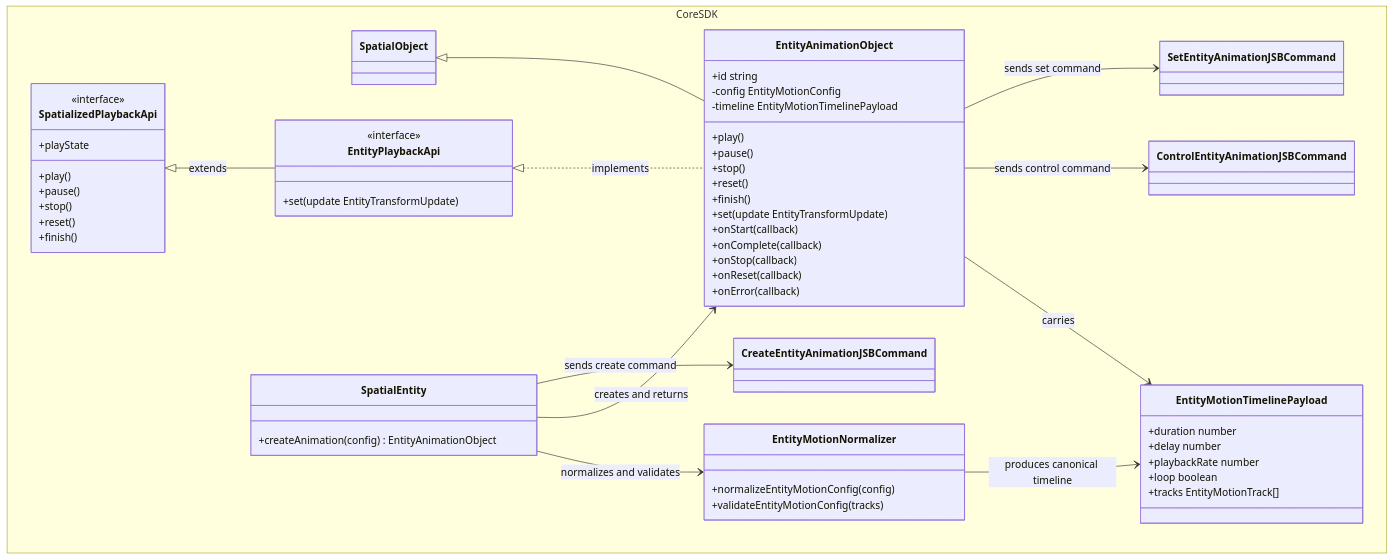
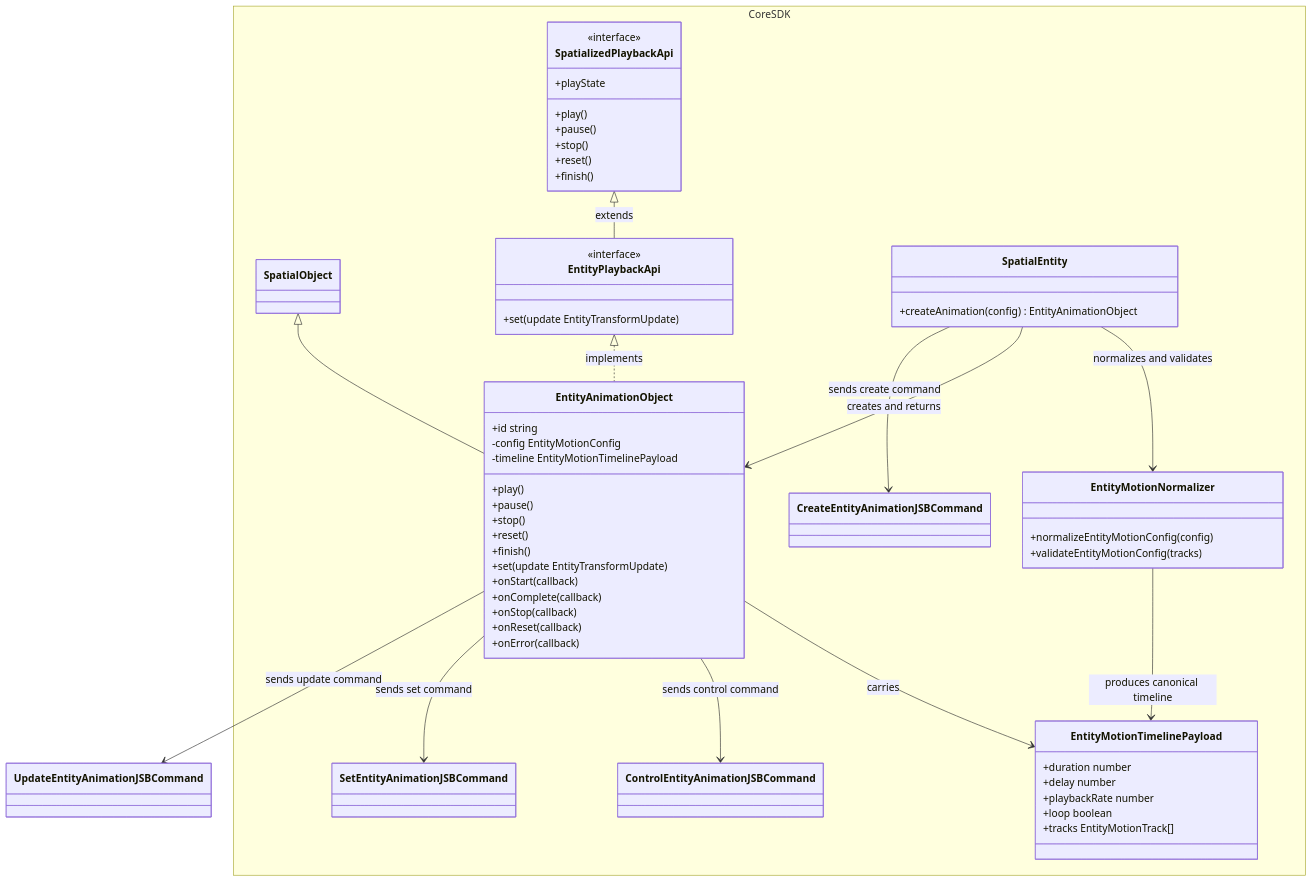
The sixth of 14 diagrams in openspec/changes/redesign-entity-motion-api/design.md (webspatial/webspatial-sdk), drawn with Mermaid before and after one commit. The commit also changed other lines of this file and 7 other files, not shown here.

````diff
--- a/openspec/changes/redesign-entity-motion-api/design.md
+++ b/openspec/changes/redesign-entity-motion-api/design.md
@@ -591,62 +610,63 @@
 ```mermaid
 classDiagram
     namespace CoreSDK {
         class SpatialObject
         class SpatializedPlaybackApi {
             <<interface>>
             +play()
             +pause()
             +stop()
             +reset()
             +finish()
             +playState
         }
         class EntityPlaybackApi {
             <<interface>>
             +set(update EntityTransformUpdate)
         }
         class SpatialEntity {
             +createAnimation(config) EntityAnimationObject
         }
         class EntityMotionNormalizer {
             +normalizeEntityMotionConfig(config)
             +validateEntityMotionConfig(tracks)
         }
         class EntityMotionTimelinePayload {
             +duration number
             +delay number
             +playbackRate number
             +loop boolean
             +tracks EntityMotionTrack[]
         }
         class EntityAnimationObject {
             +id string
             -config EntityMotionConfig
             -timeline EntityMotionTimelinePayload
             +play()
             +pause()
             +stop()
             +reset()
             +finish()
             +set(update EntityTransformUpdate)
             +onStart(callback)
             +onComplete(callback)
             +onStop(callback)
             +onReset(callback)
             +onError(callback)
         }
         class CreateEntityAnimationJSBCommand
         class ControlEntityAnimationJSBCommand
         class SetEntityAnimationJSBCommand
     }
     SpatializedPlaybackApi <|-- EntityPlaybackApi : extends
     SpatialObject <|-- EntityAnimationObject
     EntityPlaybackApi <|.. EntityAnimationObject : implements
     SpatialEntity --> EntityMotionNormalizer : normalizes and validates
     EntityMotionNormalizer --> EntityMotionTimelinePayload : produces canonical timeline
     SpatialEntity --> EntityAnimationObject : creates and returns
     EntityAnimationObject --> EntityMotionTimelinePayload : carries
     SpatialEntity --> CreateEntityAnimationJSBCommand : sends create command
     EntityAnimationObject --> ControlEntityAnimationJSBCommand : sends control command
     EntityAnimationObject --> SetEntityAnimationJSBCommand : sends set command
+    EntityAnimationObject --> UpdateEntityAnimationJSBCommand : sends update command
 ```
````
